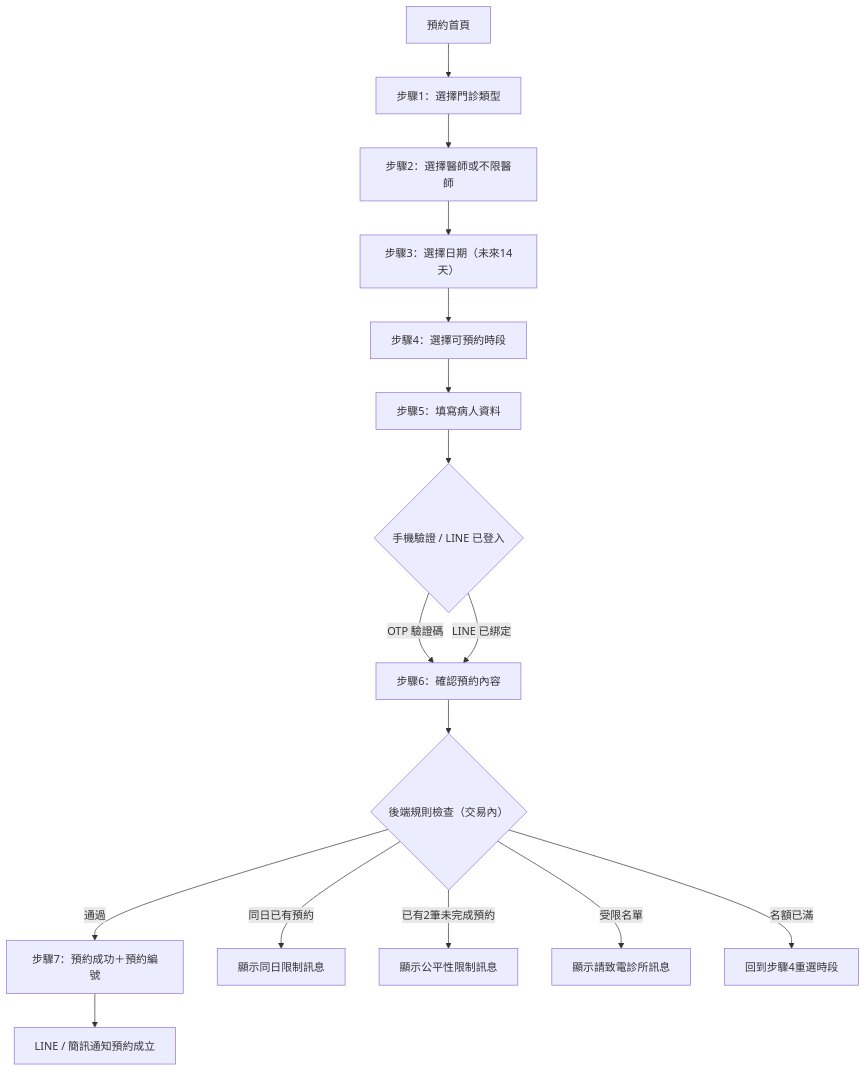
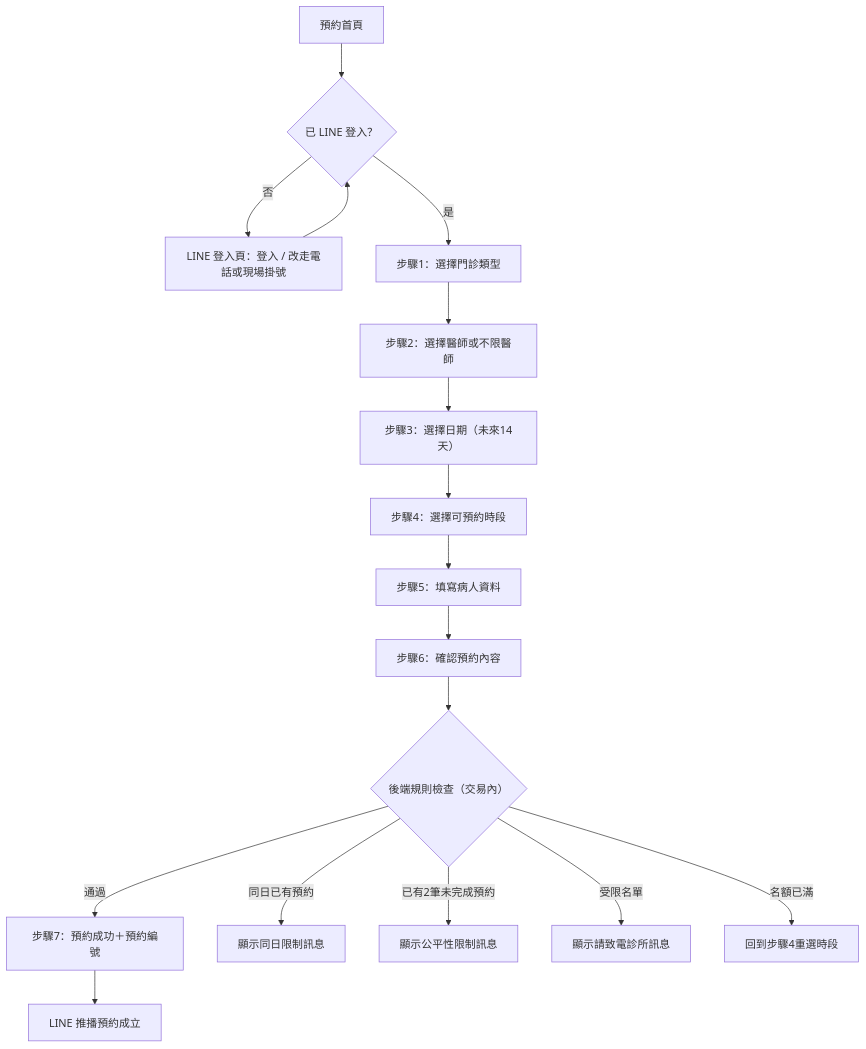
Before and after one commit to lubitsai/lihsin-clinic: the first of 4 diagrams in booking-system/docs/02-使用流程.md, drawn with Mermaid. The commit also changed other lines of this file and 44 other files, not shown here.

````diff
--- a/booking-system/docs/02-使用流程.md
+++ b/booking-system/docs/02-使用流程.md
@@ -5,18 +5,19 @@
 ```mermaid
 flowchart TD
-    A[預約首頁] --> B[步驟1：選擇門診類型]
+    A[預約首頁] --> Z{已 LINE 登入？}
+    Z -->|否| Y[LINE 登入頁：登入 / 改走電話或現場掛號]
+    Y --> Z
+    Z -->|是| B[步驟1：選擇門診類型]
     B --> C[步驟2：選擇醫師或不限醫師]
     C --> D[步驟3：選擇日期（未來14天）]
     D --> E[步驟4：選擇可預約時段]
     E --> F[步驟5：填寫病人資料]
-    F --> G{手機驗證 / LINE 已登入}
-    G -->|OTP 驗證碼| H[步驟6：確認預約內容]
-    G -->|LINE 已綁定| H
+    F --> H[步驟6：確認預約內容]
     H --> I{後端規則檢查（交易內）}
     I -->|通過| J[步驟7：預約成功＋預約編號]
     I -->|同日已有預約| K[顯示同日限制訊息]
     I -->|已有2筆未完成預約| L[顯示公平性限制訊息]
     I -->|受限名單| M[顯示請致電診所訊息]
     I -->|名額已滿| N[回到步驟4重選時段]
-    J --> O[LINE / 簡訊通知預約成立]
+    J --> O[LINE 推播預約成立]
 ```
````
